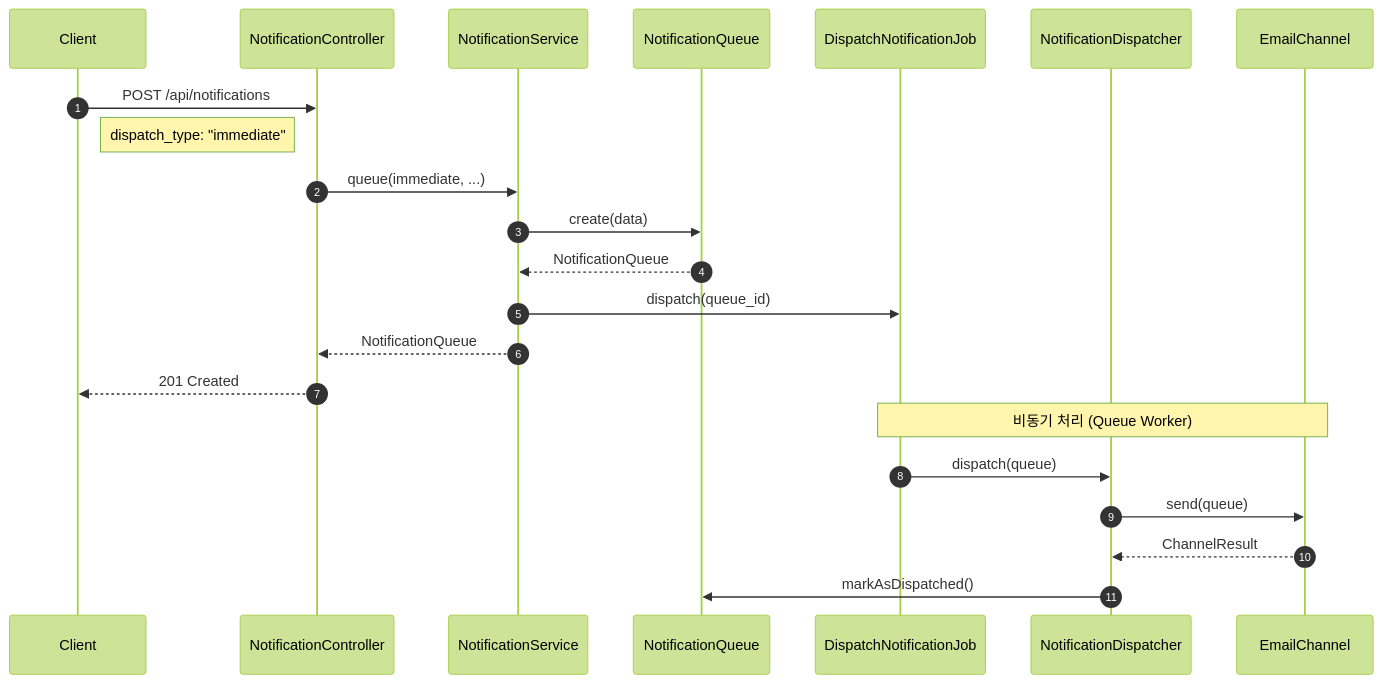
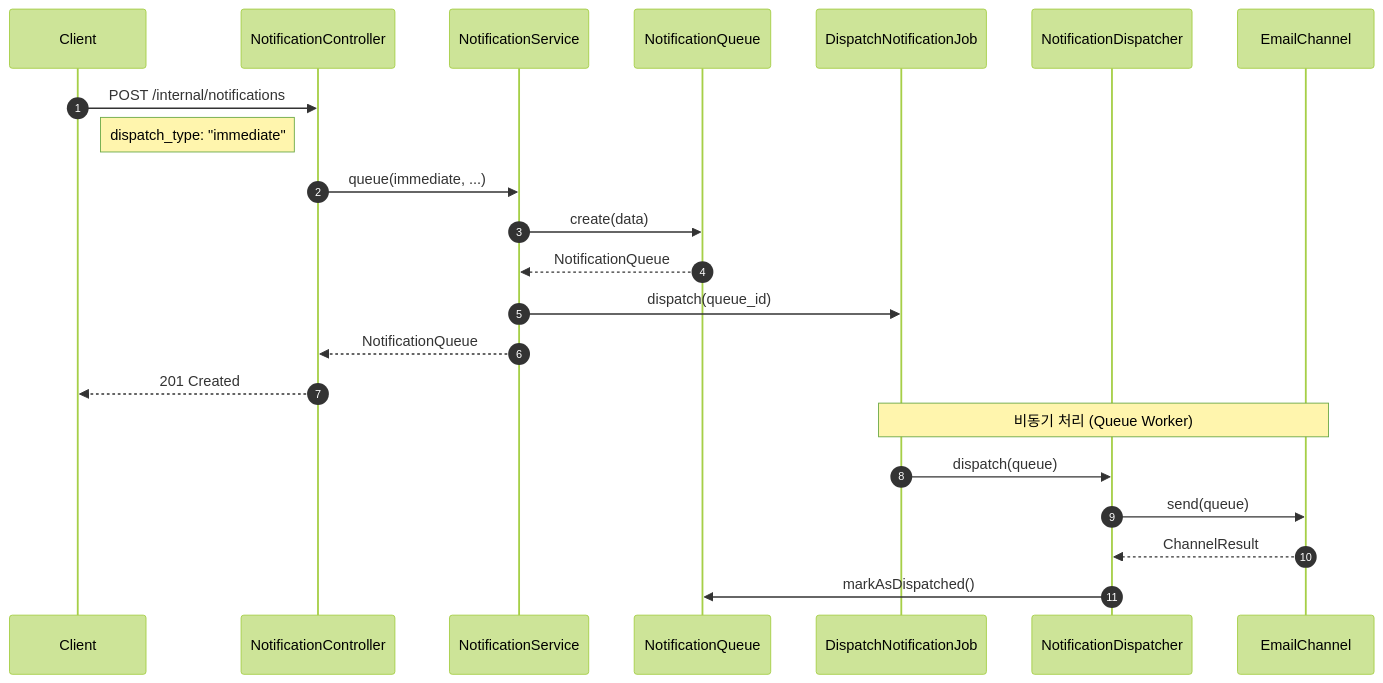
The first of 3 diagrams in docs/NOTIFICATION.md (shaul1991/toy-core-system), drawn with Mermaid (forest theme) before and after one commit. The commit also changed other lines of this file and 7 other files, not shown here.

````diff
--- a/docs/NOTIFICATION.md
+++ b/docs/NOTIFICATION.md
@@ -354,28 +354,28 @@
 ```mermaid
 sequenceDiagram
     autonumber
     participant Client
     participant Controller as NotificationController
     participant Service as NotificationService
     participant Queue as NotificationQueue
     participant Job as DispatchNotificationJob
     participant Dispatcher as NotificationDispatcher
     participant Channel as EmailChannel
 
-    Client->>Controller: POST /api/notifications
+    Client->>Controller: POST /internal/notifications
     Note right of Client: dispatch_type: "immediate"
 
     Controller->>Service: queue(immediate, ...)
     Service->>Queue: create(data)
     Queue-->>Service: NotificationQueue
     Service->>Job: dispatch(queue_id)
     Service-->>Controller: NotificationQueue
     Controller-->>Client: 201 Created
 
     Note over Job,Channel: 비동기 처리 (Queue Worker)
 
     Job->>Dispatcher: dispatch(queue)
     Dispatcher->>Channel: send(queue)
     Channel-->>Dispatcher: ChannelResult
     Dispatcher->>Queue: markAsDispatched()
 ```
````
